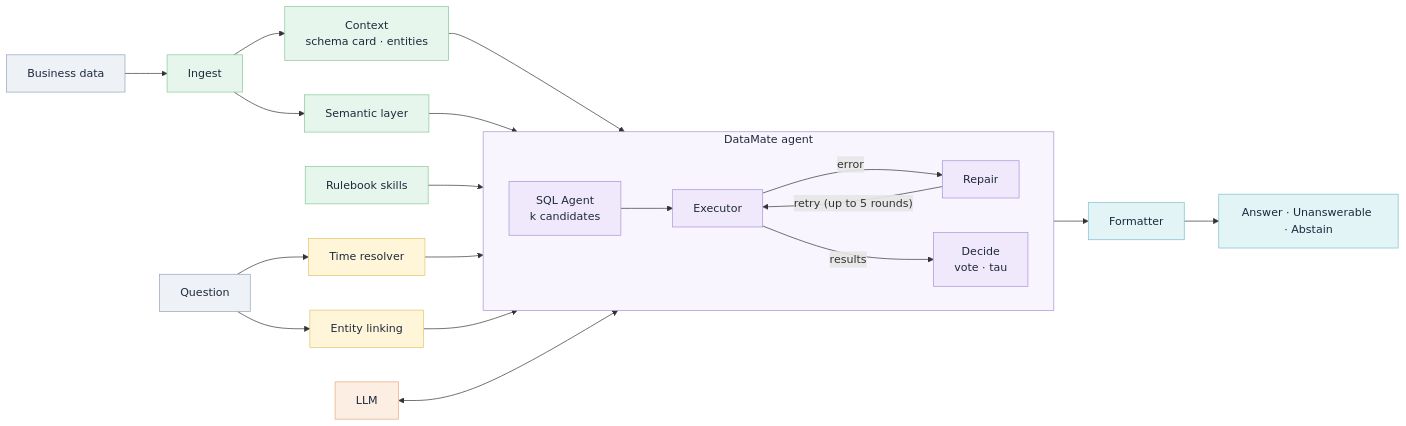
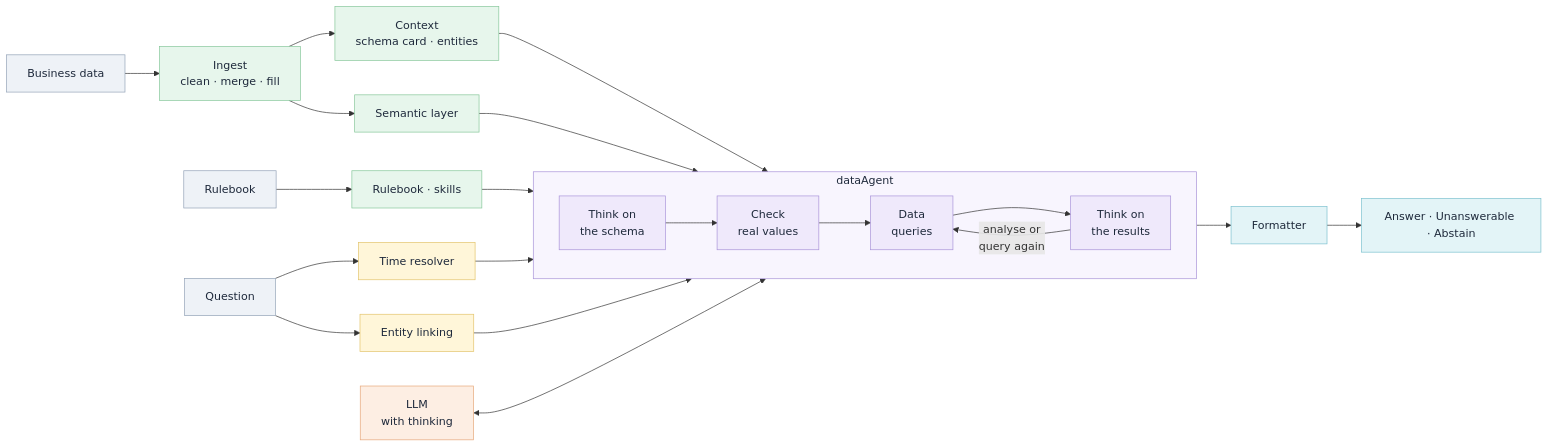
Before and after one commit to MinLee0210/DataMate-ZAIC2026: the diagram in README.md, drawn with Mermaid. The commit also changed other lines of this file and 5 other files, not shown here.

First line of the commit message:
Rewrite the README for dataAgent; parse the first JSON object in replies

````diff
--- a/README.md
+++ b/README.md
@@ -15,40 +19,41 @@
 ```mermaid
 flowchart LR
-    data["Business data"] --> ingest["Ingest"]
+    data["Business data"] --> ingest["Ingest<br/>clean · merge · fill"]
     ingest --> context["Context<br/>schema card · entities"]
     ingest --> semantic["Semantic layer"]
+    rules["Rulebook"] --> knowledge["Rulebook · skills"]
 
     question["Question"] --> time["Time resolver"]
     question --> link["Entity linking"]
 
-    subgraph agent["DataMate agent"]
+    subgraph agent["dataAgent"]
         direction LR
-        generate["SQL Agent<br/>k candidates"] --> execute["Executor"]
-        execute -- "error" --> repair["Repair"]
-        repair -- "retry (up to 5 rounds)" --> execute
-        execute -- "results" --> decide["Decide<br/>vote · tau"]
+        schema["Think on<br/>the schema"] --> values["Check<br/>real values"]
+        values --> queries["Data<br/>queries"]
+        queries --> results["Think on<br/>the results"]
+        results -- "analyse or<br/>query again" --> queries
     end
 
     context --> agent
     semantic --> agent
-    rulebook["Rulebook skills"] --> agent
+    knowledge --> agent
     time --> agent
     link --> agent
-    llm["LLM"] <--> agent
-    decide --> format["Formatter"] --> answer["Answer · Unanswerable · Abstain"]
+    llm["LLM<br/>with thinking"] <--> agent
+    results --> format["Formatter"] --> answer["Answer · Unanswerable · Abstain"]
 
     classDef input fill:#eef2f7,stroke:#94a3b8,color:#1e293b
     classDef knowledge fill:#e7f6ec,stroke:#86c79a,color:#1e293b
     classDef understand fill:#fff6d9,stroke:#e3c46b,color:#1e293b
     classDef reason fill:#efe9fb,stroke:#a993d9,color:#1e293b
     classDef model fill:#fdeee3,stroke:#e6a77a,color:#1e293b
     classDef output fill:#e3f4f7,stroke:#7cc1cf,color:#1e293b
 
-    class data,question input
-    class ingest,context,semantic,rulebook knowledge
+    class data,question,rules input
+    class ingest,context,semantic,knowledge knowledge
     class time,link understand
-    class generate,execute,repair,decide reason
+    class schema,values,queries,results reason
     class llm model
     class format,answer output
     style agent fill:#f8f5fe,stroke:#a993d9,color:#1e293b
 ```
````
